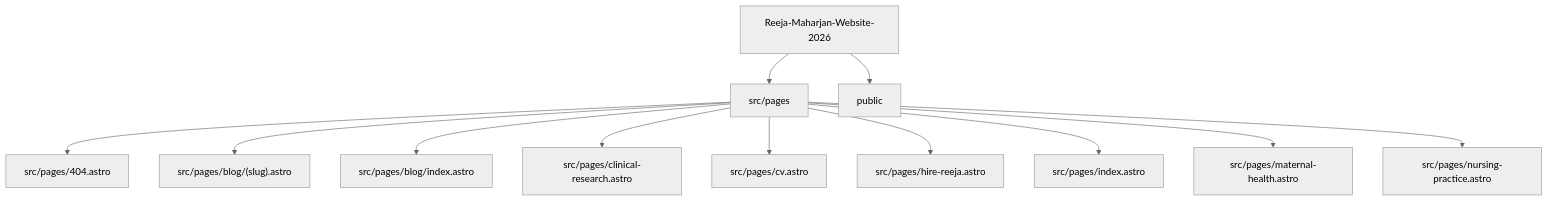
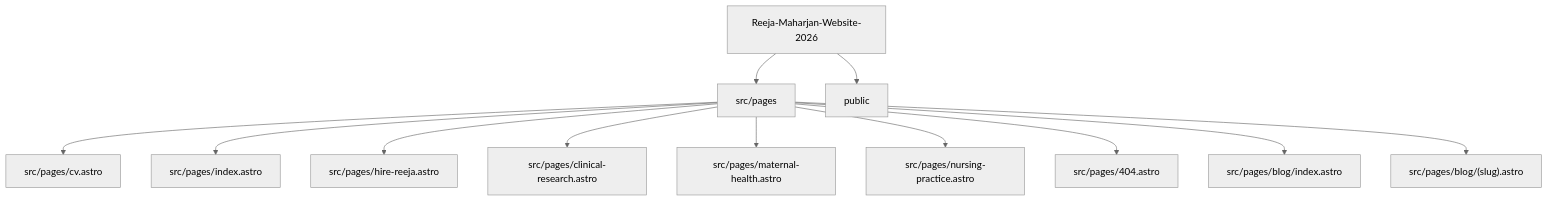
One commit to Nischhalsubba/Reeja-Maharjan-Website-2026 changed the second of 5 diagrams in README.md. Above: the diagram before and after it, drawn with Mermaid (neutral theme). The commit also changed other lines of this file, not shown here.

````diff
--- a/README.md
+++ b/README.md
@@ -51,15 +89,15 @@
 ```mermaid
 flowchart TD
     APP["Reeja-Maharjan-Website-2026"]
     APP --> R0["src/pages"]
     APP --> R1["public"]
-    R0 --> F0["src/pages/404.astro"]
-    R0 --> F1["src/pages/blog/(slug).astro"]
-    R0 --> F2["src/pages/blog/index.astro"]
+    R0 --> F0["src/pages/cv.astro"]
+    R0 --> F1["src/pages/index.astro"]
+    R0 --> F2["src/pages/hire-reeja.astro"]
     R0 --> F3["src/pages/clinical-research.astro"]
-    R0 --> F4["src/pages/cv.astro"]
-    R0 --> F5["src/pages/hire-reeja.astro"]
-    R0 --> F6["src/pages/index.astro"]
-    R0 --> F7["src/pages/maternal-health.astro"]
-    R0 --> F8["src/pages/nursing-practice.astro"]
+    R0 --> F4["src/pages/maternal-health.astro"]
+    R0 --> F5["src/pages/nursing-practice.astro"]
+    R0 --> F6["src/pages/404.astro"]
+    R0 --> F7["src/pages/blog/index.astro"]
+    R0 --> F8["src/pages/blog/(slug).astro"]
 ```
````
